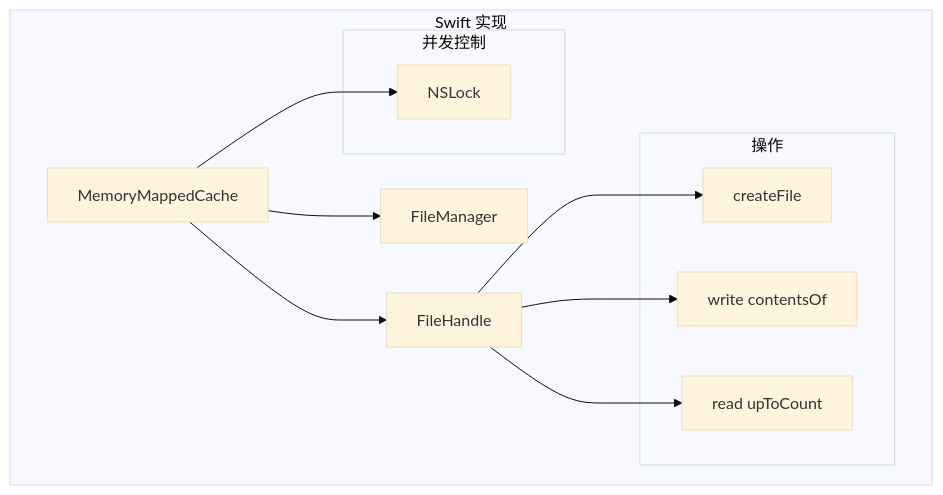
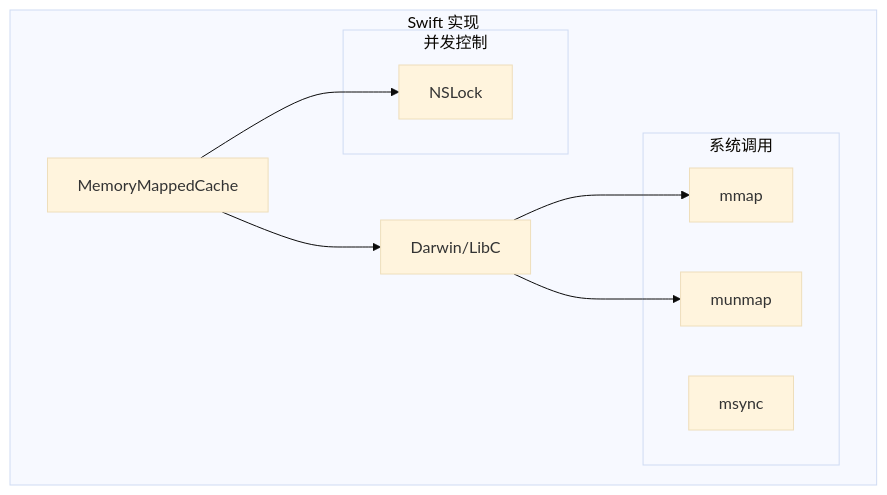
One commit to feuyeux/hello-audio-stream changed diagram 12 of 19 in doc/mmap.md. Above: the diagram before and after it, drawn with Mermaid (base theme). The commit also changed other lines of this file and 205 other files, not shown here.

````diff
--- a/doc/mmap.md
+++ b/doc/mmap.md
@@ -406,25 +396,22 @@
 ```mermaid
 graph TB
     subgraph "Swift 实现"
         MEM[MemoryMappedCache]
-        FH[FileHandle]
-        FM[FileManager]
+        POSIX[Darwin/LibC]
+        
+        subgraph "系统调用"
+            MMAP[mmap]
+            MUNMAP[munmap]
+            MSYNC[msync]
+        end
         
         subgraph "并发控制"
             NSLOCK[NSLock]
         end
-        
-        subgraph "操作"
-            CREATE[createFile]
-            WRITE[write contentsOf]
-            READ[read upToCount]
-        end
     end
     
-    MEM --> FH
-    MEM --> FM
+    MEM --> POSIX
+    POSIX --> MMAP
+    POSIX --> MUNMAP
     MEM --> NSLOCK
-    FH --> CREATE
-    FH --> WRITE
-    FH --> READ
 ```
````
